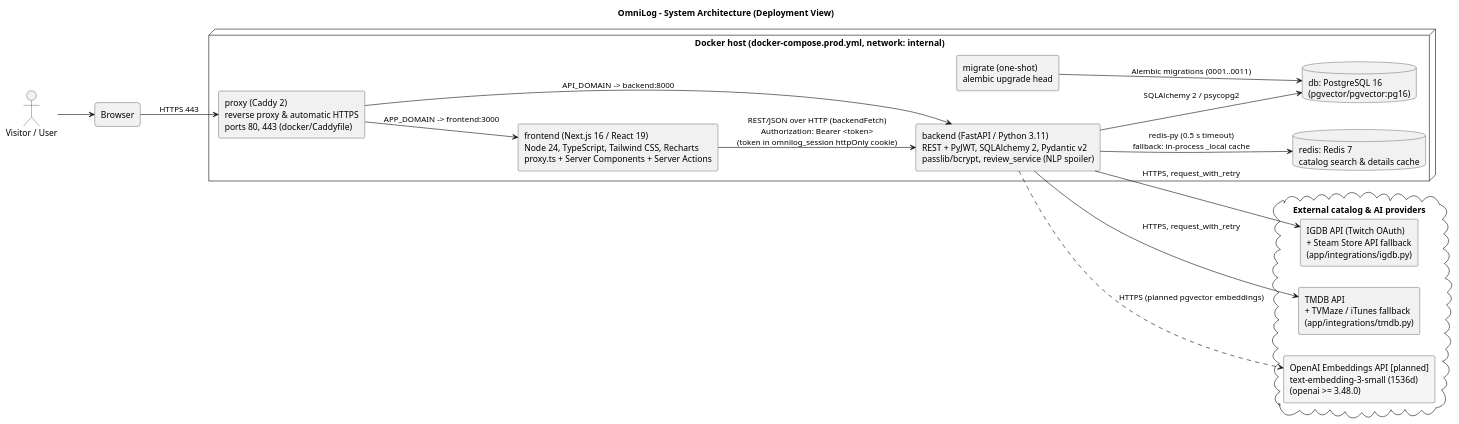
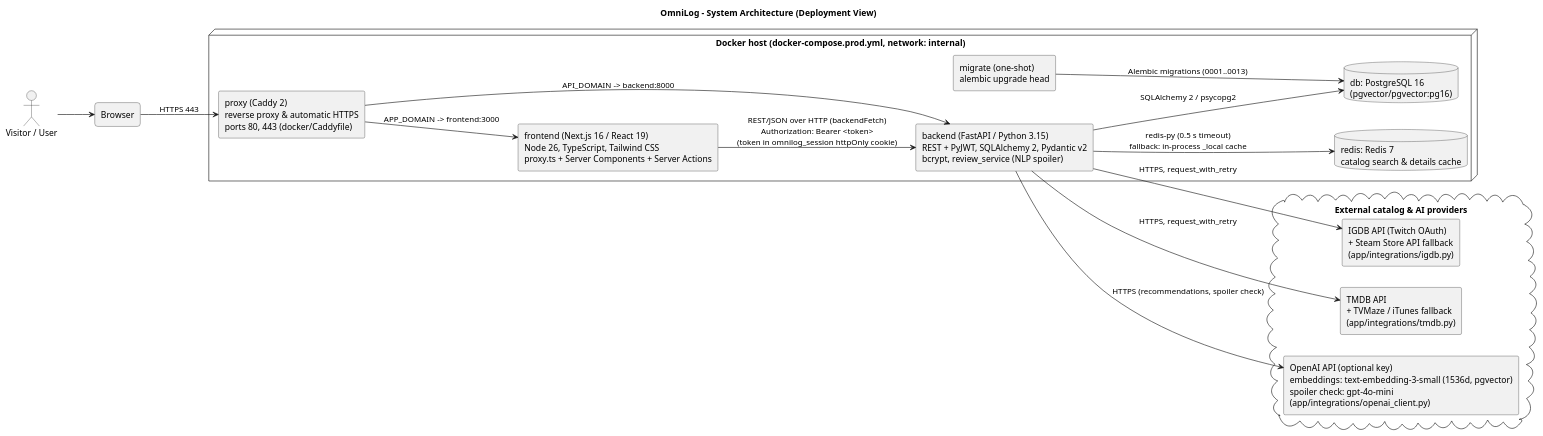
The diagram in docs/design/arch/01-system-architecture.puml (metezd/OmniLog), drawn with PlantUML before and after one commit. The commit also changed 6 other files, not shown here.

First line of the commit message:
docs: bring the architecture diagrams up to date

```diff
--- a/docs/design/arch/01-system-architecture.puml
+++ b/docs/design/arch/01-system-architecture.puml
@@ -1,38 +1,38 @@
 @startuml 01-system-architecture
 title OmniLog - System Architecture (Deployment View)
 skinparam shadowing false
 skinparam defaultFontName Helvetica
 skinparam componentStyle rectangle
 skinparam RectangleRoundCorner 10
 left to right direction
 
 actor "Visitor / User" as U
 rectangle "Browser" as B
 
 node "Docker host (docker-compose.prod.yml, network: internal)" {
   component "proxy (Caddy 2)\nreverse proxy & automatic HTTPS\nports 80, 443 (docker/Caddyfile)" as P
-  component "frontend (Next.js 16 / React 19)\nNode 24, TypeScript, Tailwind CSS, Recharts\nproxy.ts + Server Components + Server Actions" as FE
-  component "backend (FastAPI / Python 3.11)\nREST + PyJWT, SQLAlchemy 2, Pydantic v2\npasslib/bcrypt, review_service (NLP spoiler)" as BE
+  component "frontend (Next.js 16 / React 19)\nNode 26, TypeScript, Tailwind CSS\nproxy.ts + Server Components + Server Actions" as FE
+  component "backend (FastAPI / Python 3.15)\nREST + PyJWT, SQLAlchemy 2, Pydantic v2\nbcrypt, review_service (NLP spoiler)" as BE
   component "migrate (one-shot)\nalembic upgrade head" as MIG
   database "db: PostgreSQL 16\n(pgvector/pgvector:pg16)" as PG
   database "redis: Redis 7\ncatalog search & details cache" as R
 }
 
 cloud "External catalog & AI providers" {
   component "IGDB API (Twitch OAuth)\n+ Steam Store API fallback\n(app/integrations/igdb.py)" as IGDB
   component "TMDB API\n+ TVMaze / iTunes fallback\n(app/integrations/tmdb.py)" as TMDB
-  component "OpenAI Embeddings API [planned]\ntext-embedding-3-small (1536d)\n(openai >= 3.48.0)" as AI #F5F5F5
+  component "OpenAI API (optional key)\nembeddings: text-embedding-3-small (1536d, pgvector)\nspoiler check: gpt-4o-mini\n(app/integrations/openai_client.py)" as AI
 }
 
 U --> B
 B --> P : HTTPS 443
 P --> FE : APP_DOMAIN -> frontend:3000
 P --> BE : API_DOMAIN -> backend:8000
 FE --> BE : REST/JSON over HTTP (backendFetch)\nAuthorization: Bearer <token>\n(token in omnilog_session httpOnly cookie)
 BE --> PG : SQLAlchemy 2 / psycopg2
 BE --> R : redis-py (0.5 s timeout)\nfallback: in-process _local cache
 BE --> IGDB : HTTPS, request_with_retry
 BE --> TMDB : HTTPS, request_with_retry
-BE ..> AI : HTTPS (planned pgvector embeddings)
-MIG --> PG : Alembic migrations (0001..0011)
+BE --> AI : HTTPS (recommendations, spoiler check)
+MIG --> PG : Alembic migrations (0001..0013)
 @enduml
```
